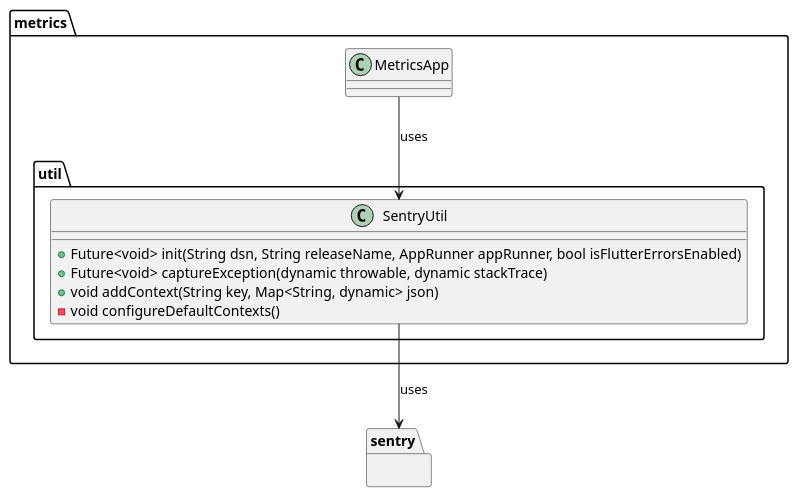
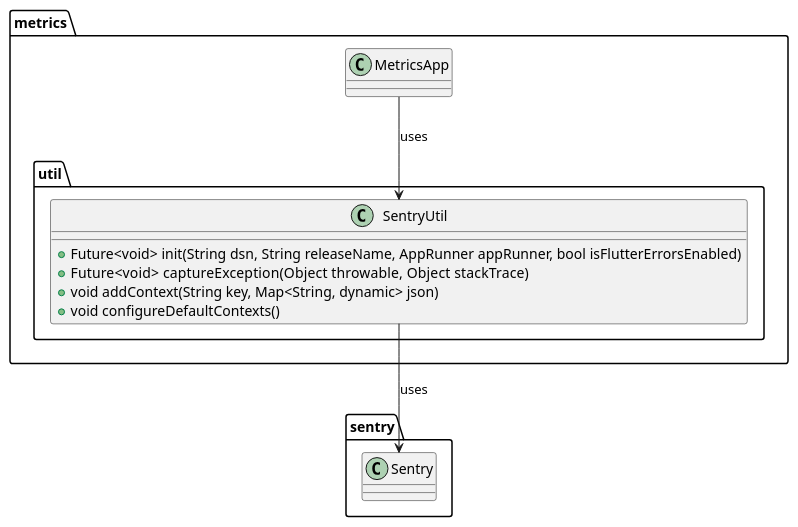
The diagram in metrics/web/docs/features/sentry/diagrams/sentry_util_class_diagram.puml (Flank/flank-dashboard), drawn with PlantUML before and after one commit. The commit also changed 1 other file, not shown here.

```diff
--- a/metrics/web/docs/features/sentry/diagrams/sentry_util_class_diagram.puml
+++ b/metrics/web/docs/features/sentry/diagrams/sentry_util_class_diagram.puml
@@ -1,20 +1,23 @@
 @startuml sentry_util_class_diagram
+
 package metrics {
-    class MetricsApp {}
+  class MetricsApp {}
 
-package util {
+  package util {
     class SentryUtil {
       + Future<void> init(String dsn, String releaseName, AppRunner appRunner, bool isFlutterErrorsEnabled)
-      + Future<void> captureException(dynamic throwable, dynamic stackTrace)
+      + Future<void> captureException(Object  throwable, Object  stackTrace)
       + void addContext(String key, Map<String, dynamic> json)
-      - void configureDefaultContexts()
+      + void configureDefaultContexts()
     }
-}
+  }
 }
 
-package sentry{}
+package sentry {
+  class Sentry {}
+}
 
 MetricsApp --> SentryUtil : uses
-SentryUtil --> sentry : uses
+SentryUtil --> Sentry : uses
 
 @enduml
```
